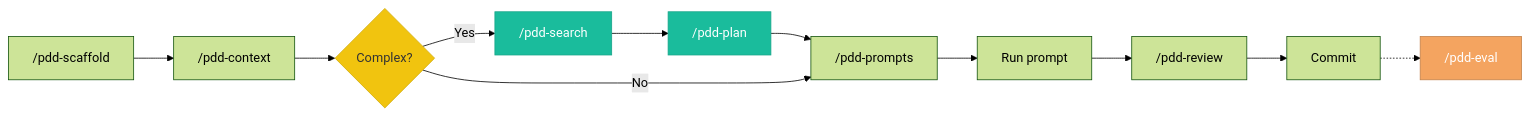
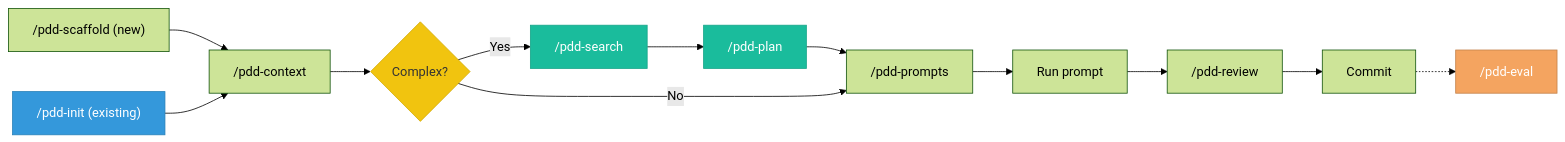
The diagram in copilot/README.md (harshal2802/pdd-skill), drawn with Mermaid (forest theme) before and after one commit. The commit also changed other lines of this file and 5 other files, not shown here.

First line of the commit message:
Add pdd-init workflow for initializing PDD in existing projects

````diff
--- a/copilot/README.md
+++ b/copilot/README.md
@@ -64,16 +66,18 @@
 ```mermaid
 flowchart LR
-    A["/pdd-scaffold"] --> B["/pdd-context"]
+    A["/pdd-scaffold (new)"] --> B["/pdd-context"]
+    A2["/pdd-init (existing)"] --> B
     B --> S{Complex?}
     S -- Yes --> C["/pdd-search"] --> D["/pdd-plan"] --> E
     S -- No --> E["/pdd-prompts"]
     E --> F["Run prompt"]
     F --> G["/pdd-review"]
     G --> H["Commit"]
     H -.-> I["/pdd-eval"]
 
+    style A2 fill:#3498db,stroke:#2980b9,color:#fff
     style S fill:#f1c40f,stroke:#d4ac0d,color:#333
     style C fill:#1abc9c,stroke:#17a589,color:#fff
     style D fill:#1abc9c,stroke:#17a589,color:#fff
     style I fill:#f4a460,stroke:#c4824a,color:#fff
 ```
````
